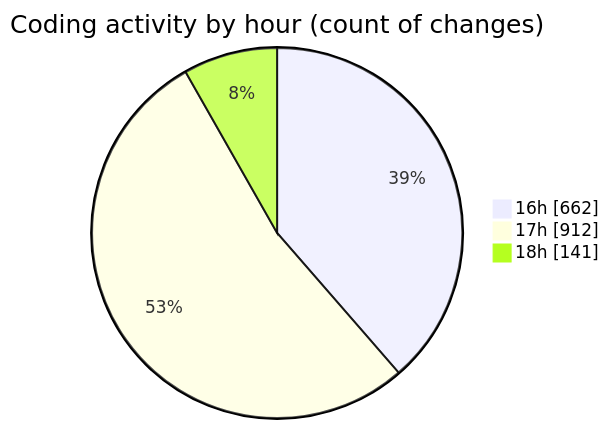
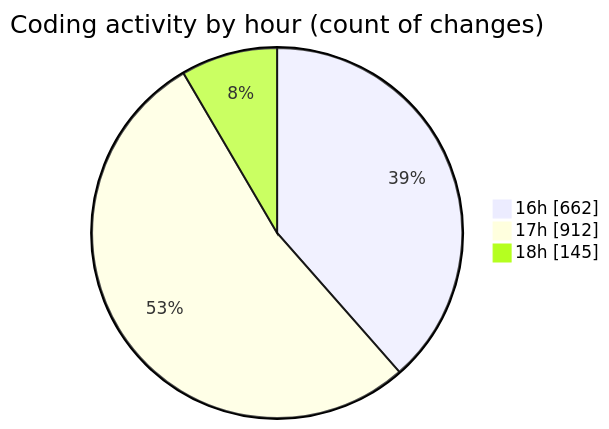
The second of 2 diagrams in 2025-04-11/nxtqube_webapp/README.md (nxtqubesakshisongat/code-tracking), drawn with Mermaid before and after one commit. The commit also changed other lines of this file and 1 other file, not shown here.

````diff
--- a/2025-04-11/nxtqube_webapp/README.md
+++ b/2025-04-11/nxtqube_webapp/README.md
@@ -35,7 +37,7 @@
 ```mermaid
 pie showData
 title Coding activity by hour (count of changes)
 "16h" : 662
 "17h" : 912
-"18h" : 141
+"18h" : 145
 ```
````
